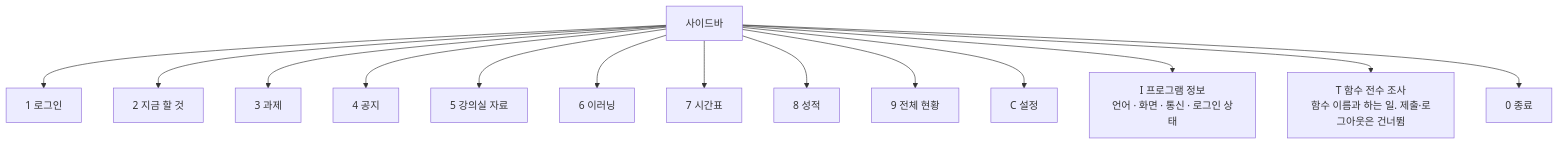
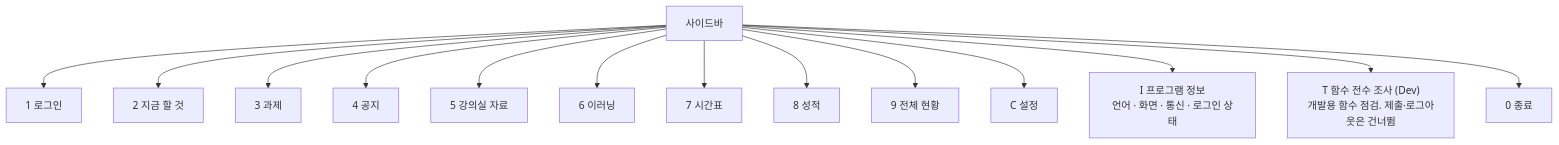
One commit to hy040504/seowon-cli changed the second of 4 diagrams in README.md. Above: the diagram before and after it, drawn with Mermaid. The commit also changed other lines of this file and 6 other files, not shown here.

````diff
--- a/README.md
+++ b/README.md
@@ -144,16 +144,16 @@
 ```mermaid
 flowchart TD
   side["사이드바"] --> login["1 로그인"]
   side --> todo["2 지금 할 것"]
   side --> asg["3 과제"]
   side --> ntc["4 공지"]
   side --> mat["5 강의실 자료"]
   side --> les["6 이러닝"]
   side --> tt["7 시간표"]
   side --> score["8 성적"]
   side --> sum["9 전체 현황"]
   side --> cfg["C 설정"]
   side --> info["I 프로그램 정보<br/>언어 · 화면 · 통신 · 로그인 상태"]
-  side --> test["T 함수 전수 조사<br/>함수 이름과 하는 일. 제출·로그아웃은 건너뜀"]
+  side --> test["T 함수 전수 조사 (Dev)<br/>개발용 함수 점검. 제출·로그아웃은 건너뜀"]
   side --> exit["0 종료"]
 ```
````
